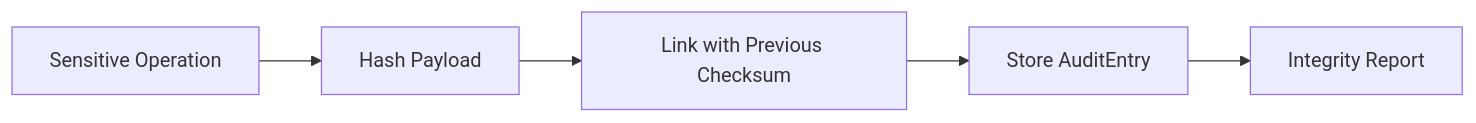
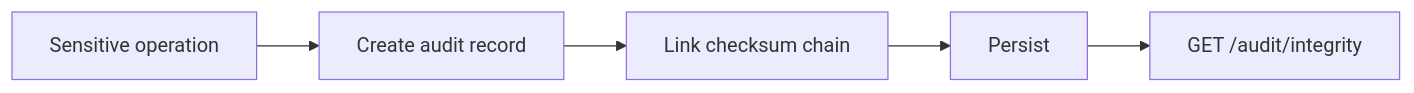
Diagram 11 of 15 in docs/modules/Usage-and-Workflows-fa.md (FarhadAhmadi/CleanArchitecture-Base), drawn with Mermaid before and after one commit. The commit also changed other lines of this file and 12 other files, not shown here.

````diff
--- a/docs/modules/Usage-and-Workflows-fa.md
+++ b/docs/modules/Usage-and-Workflows-fa.md
@@ -183,7 +367,7 @@
 ```mermaid
 flowchart LR
-    O[Sensitive Operation] --> H[Hash Payload]
-    H --> C[Link with Previous Checksum]
-    C --> S[Store AuditEntry]
-    S --> R[Integrity Report]
+    A[Sensitive operation] --> B[Create audit record]
+    B --> C[Link checksum chain]
+    C --> D[Persist]
+    D --> E[GET /audit/integrity]
 ```
````
